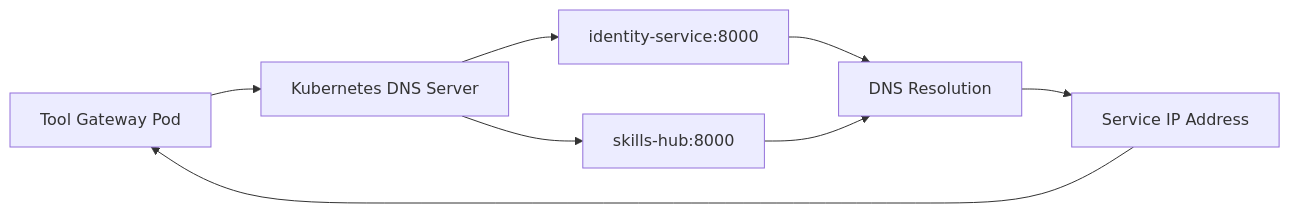
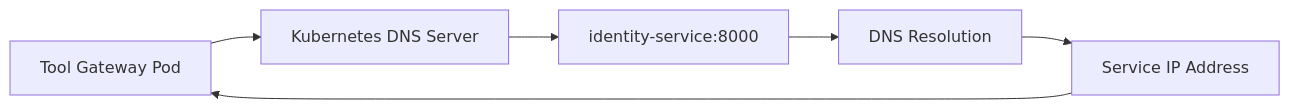
Before and after one commit to metasync/luban-aiops: the sixth of 10 diagrams in .qoder/repowiki/en/content/Tool Gateway Service/Configuration and Environment Setup.md, drawn with Mermaid. The commit also changed other lines of this file and 71 other files, not shown here.

````diff
--- a/.qoder/repowiki/en/content/Tool Gateway Service/Configuration and Environment Setup.md
+++ b/.qoder/repowiki/en/content/Tool Gateway Service/Configuration and Environment Setup.md
@@ -250,10 +286,8 @@
 ```mermaid
 graph LR
 Client["Tool Gateway Pod"] --> DNS["Kubernetes DNS Server"]
 DNS --> Identity["identity-service:8000"]
-DNS --> SkillsHub["skills-hub:8000"]
 Identity --> Resolver["DNS Resolution"]
-SkillsHub --> Resolver
 Resolver --> IP["Service IP Address"]
 IP --> Client
 ```
````
